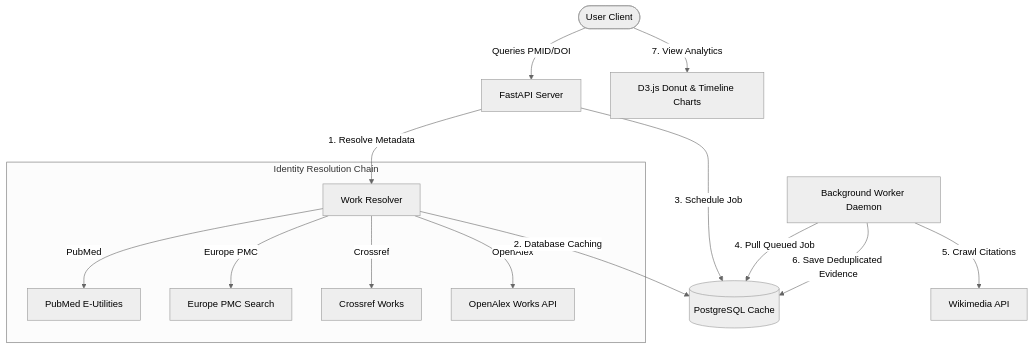
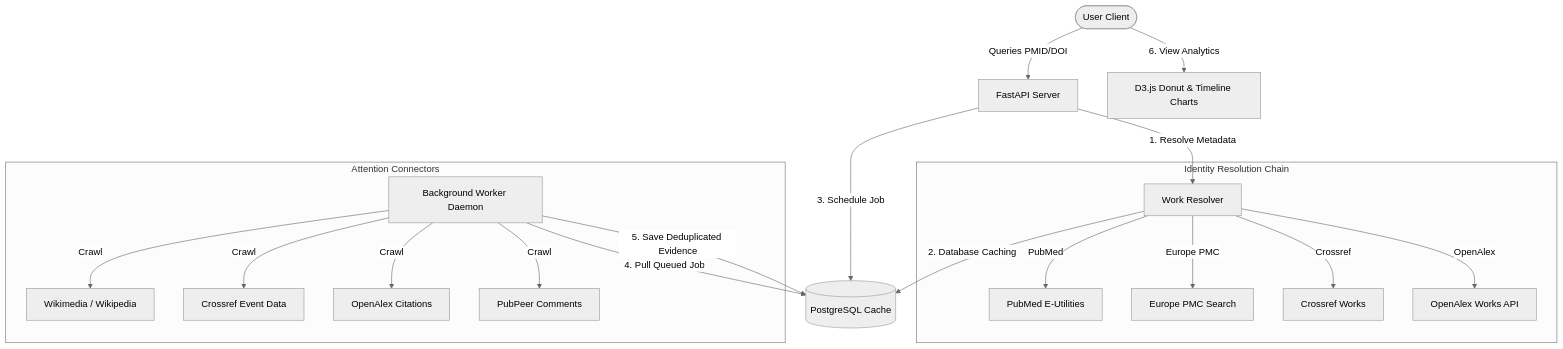
Before and after one commit to ramanacr/research-plagiarism-checker: the diagram in README.md, drawn with Mermaid (neutral theme). The commit also changed other lines of this file, not shown here.

Commit message:
docs: comprehensive README update — full stack, connectors, AI models, project structure

````diff
--- a/README.md
+++ b/README.md
@@ -33,21 +95,27 @@
 ```mermaid
 graph TD
     User([User Client]) -->|Queries PMID/DOI| API[FastAPI Server]
     API -->|1. Resolve Metadata| Resolver[Work Resolver]
-    
+
     subgraph Identity Resolution Chain
         Resolver -->|PubMed| PM[PubMed E-Utilities]
         Resolver -->|Europe PMC| EPMC[Europe PMC Search]
         Resolver -->|Crossref| CR[Crossref Works]
         Resolver -->|OpenAlex| OA[OpenAlex Works API]
     end
-    
+
     Resolver -->|2. Database Caching| DB[(PostgreSQL Cache)]
-    
+
     API -->|3. Schedule Job| DB
     Worker[Background Worker Daemon] -->|4. Pull Queued Job| DB
-    Worker -->|5. Crawl Citations| Wiki[Wikimedia API]
-    Worker -->|6. Save Deduplicated Evidence| DB
-    
-    User -->|7. View Analytics| D3[D3.js Donut & Timeline Charts]
+
+    subgraph Attention Connectors
+        Worker -->|Crawl| Wiki[Wikimedia / Wikipedia]
+        Worker -->|Crawl| CEv[Crossref Event Data]
+        Worker -->|Crawl| OAlx[OpenAlex Citations]
+        Worker -->|Crawl| PP[PubPeer Comments]
+    end
+
+    Worker -->|5. Save Deduplicated Evidence| DB
+    User -->|6. View Analytics| D3[D3.js Donut & Timeline Charts]
 ```
````
